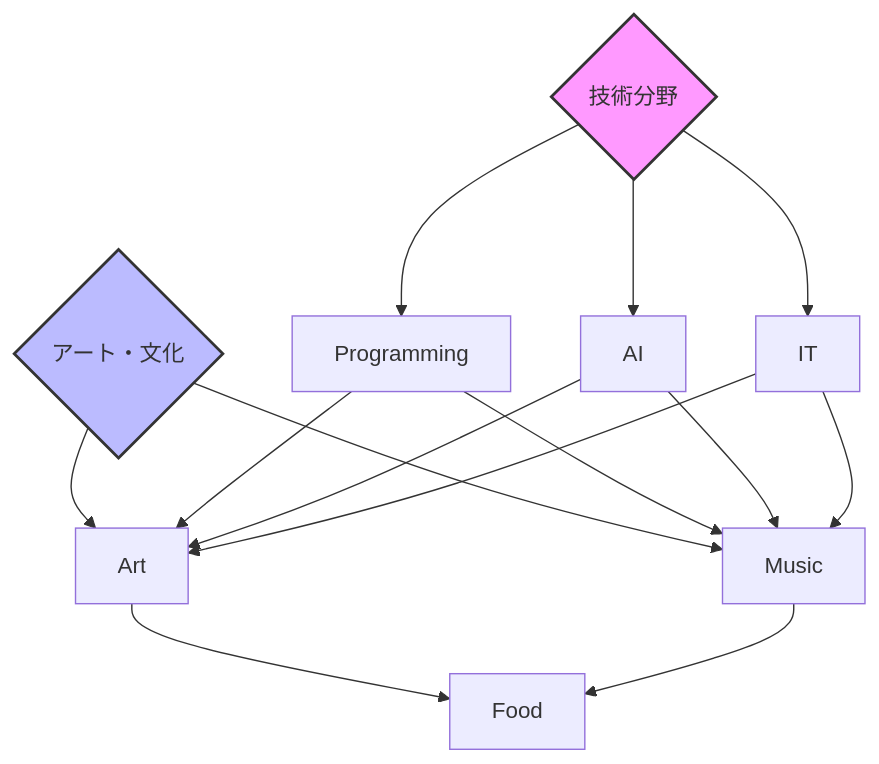
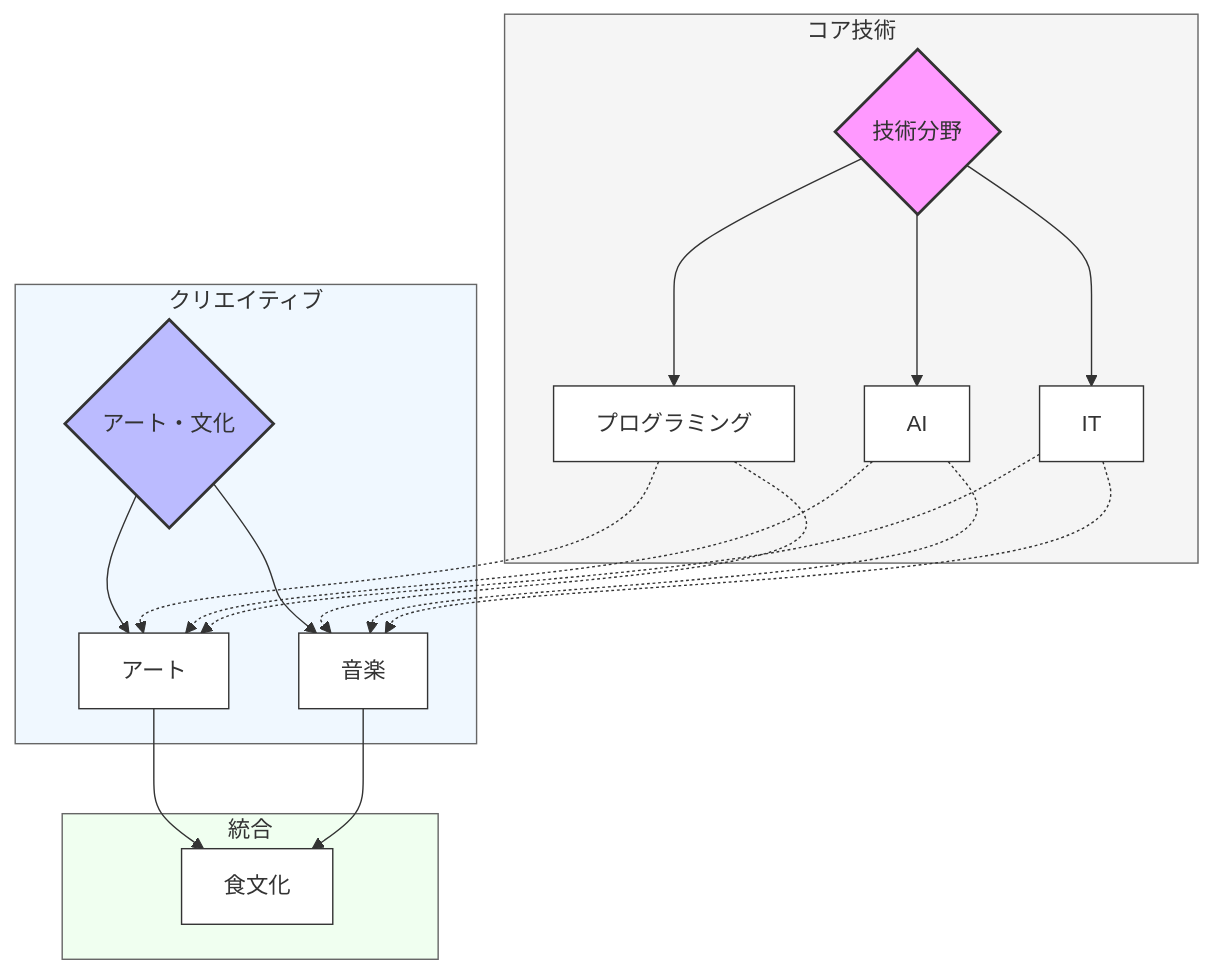
Before and after one commit to t012093/Coral-Network: the second of 4 diagrams in README.md, drawn with Mermaid.

````diff
--- a/README.md
+++ b/README.md
@@ -89,17 +89,39 @@
 ```mermaid
 graph TD
-    Tech{技術分野} --> Programming
-    Tech --> AI
-    Tech --> IT
+    subgraph Core[コア技術]
+        Tech{技術分野}
+        Programming[プログラミング]
+        AI[AI]
+        IT[IT]
+        
+        Tech --> Programming
+        Tech --> AI
+        Tech --> IT
+    end
     
-    Art{アート・文化} --> Art_
-    Art --> Music
+    subgraph Creative[クリエイティブ]
+        Art{アート・文化}
+        Art_[アート]
+        Music[音楽]
+        
+        Art --> Art_
+        Art --> Music
+    end
     
-    Programming & AI & IT --> Art_[Art]
-    Programming & AI & IT --> Music
+    subgraph Integration[統合]
+        Food[食文化]
+    end
     
+    Programming & AI & IT -.-> Art_
+    Programming & AI & IT -.-> Music
     Art_ & Music --> Food
     
     style Tech fill:#f9f,stroke:#333,stroke-width:2px
     style Art fill:#bbf,stroke:#333,stroke-width:2px
+    style Core fill:#f5f5f5,stroke:#666,stroke-width:1px
+    style Creative fill:#f0f8ff,stroke:#666,stroke-width:1px
+    style Integration fill:#f0fff0,stroke:#666,stroke-width:1px
+    
+    classDef default fill:#fff,stroke:#333,stroke-width:1px
+    classDef connection stroke-dasharray: 5 5
 ```
````
